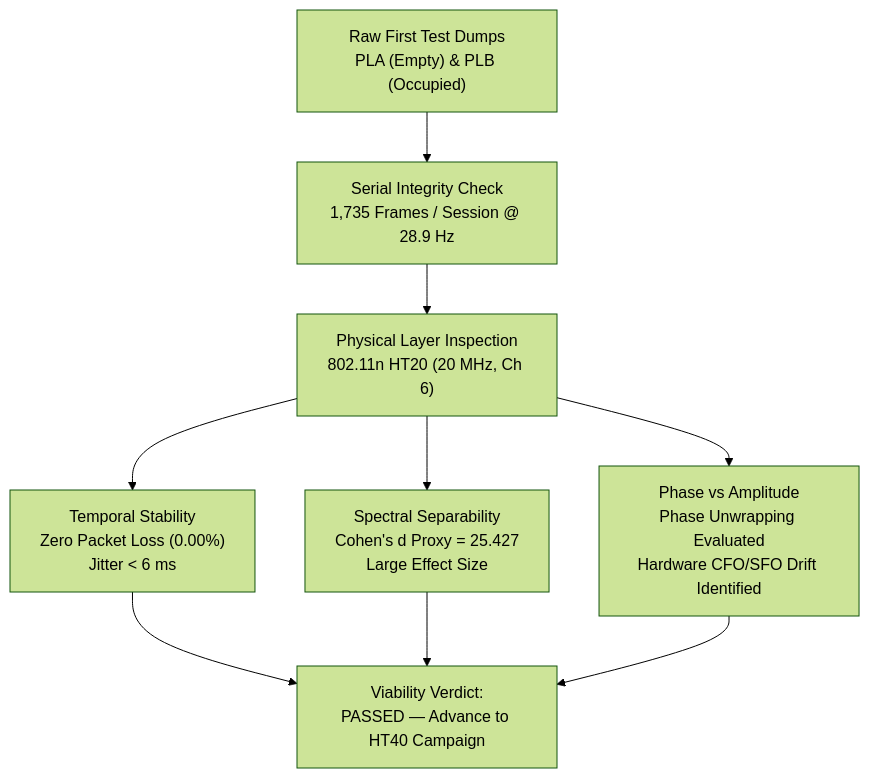
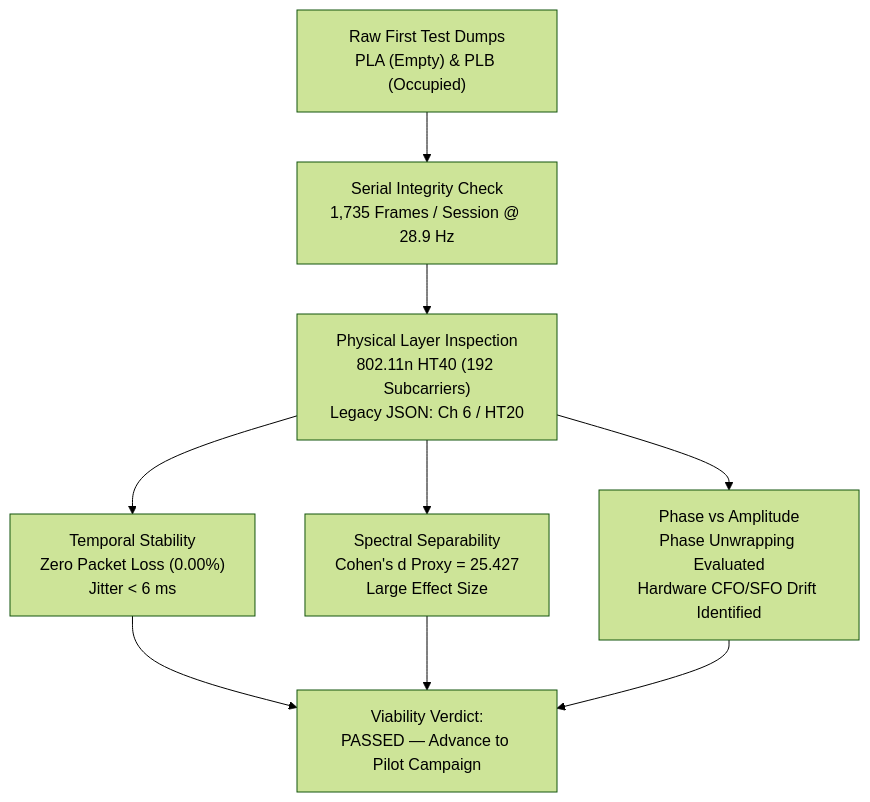
Before and after one commit to wrlxavier/wifi-csi-presence-detection: the first of 2 diagrams in docs/content/01_eda.md, drawn with Mermaid (forest theme). The commit also changed other lines of this file and 1 other file, not shown here.

````diff
--- a/docs/content/01_eda.md
+++ b/docs/content/01_eda.md
@@ -77,9 +77,9 @@
 ```mermaid
 flowchart TD
     A["Raw First Test Dumps<br/>PLA (Empty) & PLB (Occupied)"] --> B["Serial Integrity Check<br/>1,735 Frames / Session @ 28.9 Hz"]
-    B --> C["Physical Layer Inspection<br/>802.11n HT20 (20 MHz, Ch 6)"]
+    B --> C["Physical Layer Inspection<br/>802.11n HT40 (192 Subcarriers)<br/>Legacy JSON: Ch 6 / HT20"]
     C --> D1["Temporal Stability<br/>Zero Packet Loss (0.00%)<br/>Jitter < 6 ms"]
     C --> D2["Spectral Separability<br/>Cohen's d Proxy = 25.427<br/>Large Effect Size"]
     C --> D3["Phase vs Amplitude<br/>Phase Unwrapping Evaluated<br/>Hardware CFO/SFO Drift Identified"]
-    D1 & D2 & D3 --> E["Viability Verdict:<br/>PASSED — Advance to HT40 Campaign"]
+    D1 & D2 & D3 --> E["Viability Verdict:<br/>PASSED — Advance to Pilot Campaign"]
 ```
````
